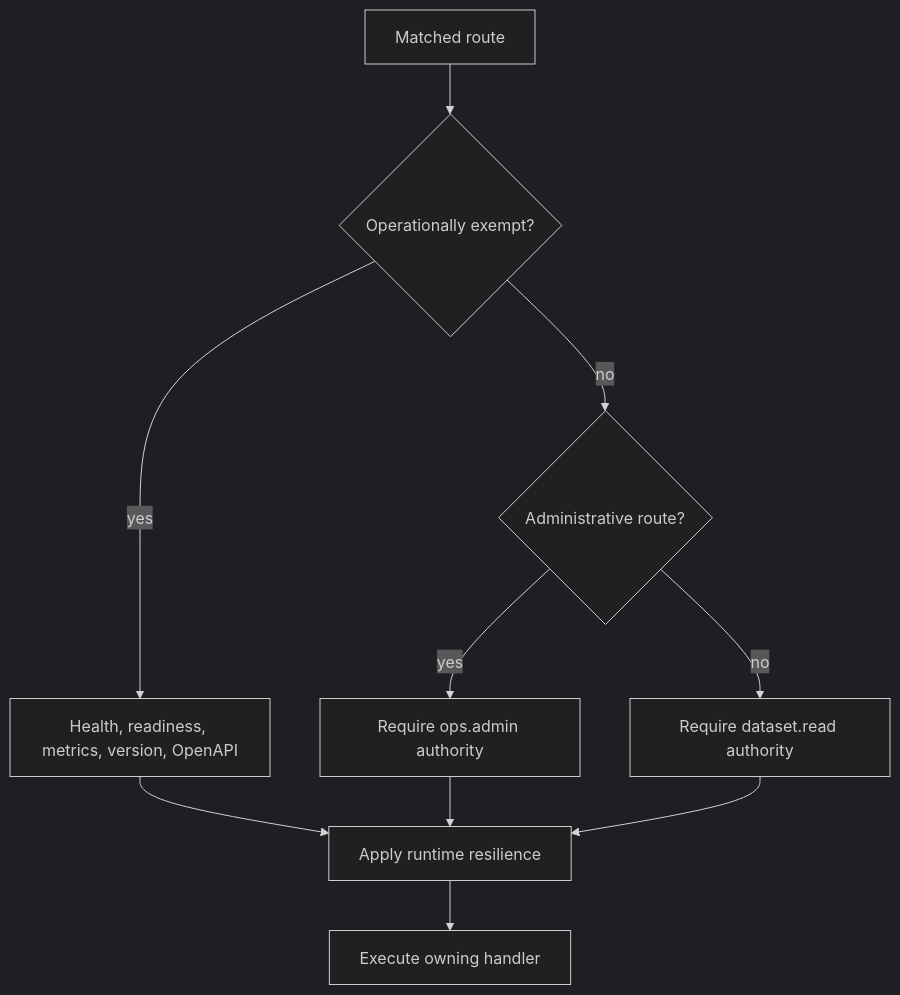
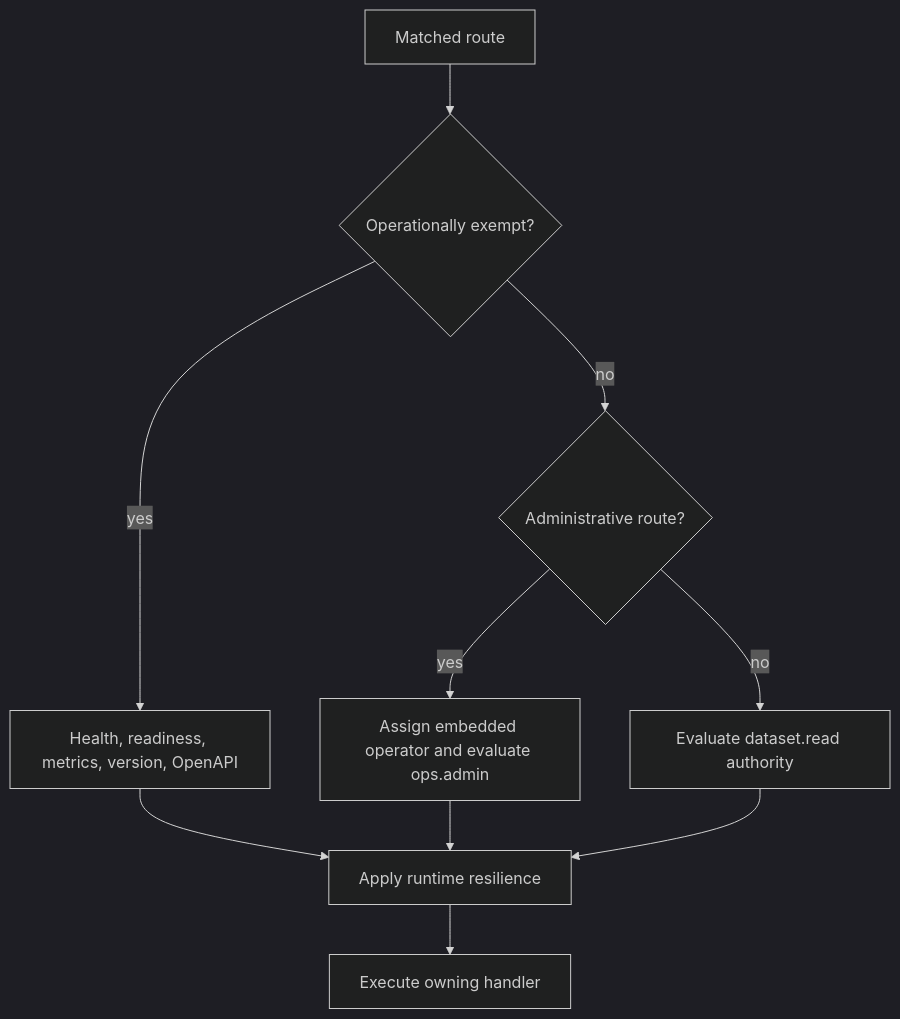
Before and after one commit to bijux/bijux-atlas: the second of 5 diagrams in docs/bijux-atlas/runtime/request-lifecycle.md, drawn with Mermaid (dark theme). The commit also changed other lines of this file and 2 other files, not shown here.

````diff
--- a/docs/bijux-atlas/runtime/request-lifecycle.md
+++ b/docs/bijux-atlas/runtime/request-lifecycle.md
@@ -67,12 +73,12 @@
 ```mermaid
 flowchart TD
     Request[Matched route] --> Exempt{Operationally exempt?}
     Exempt -->|yes| Service[Health, readiness, metrics, version, OpenAPI]
     Exempt -->|no| Admin{Administrative route?}
-    Admin -->|yes| AdminPolicy[Require ops.admin authority]
-    Admin -->|no| DatasetPolicy[Require dataset.read authority]
+    Admin -->|yes| AdminPolicy[Assign embedded operator and evaluate ops.admin]
+    Admin -->|no| DatasetPolicy[Evaluate dataset.read authority]
     Service --> Resilience[Apply runtime resilience]
     AdminPolicy --> Resilience
     DatasetPolicy --> Resilience
     Resilience --> Handler[Execute owning handler]
 ```
````
